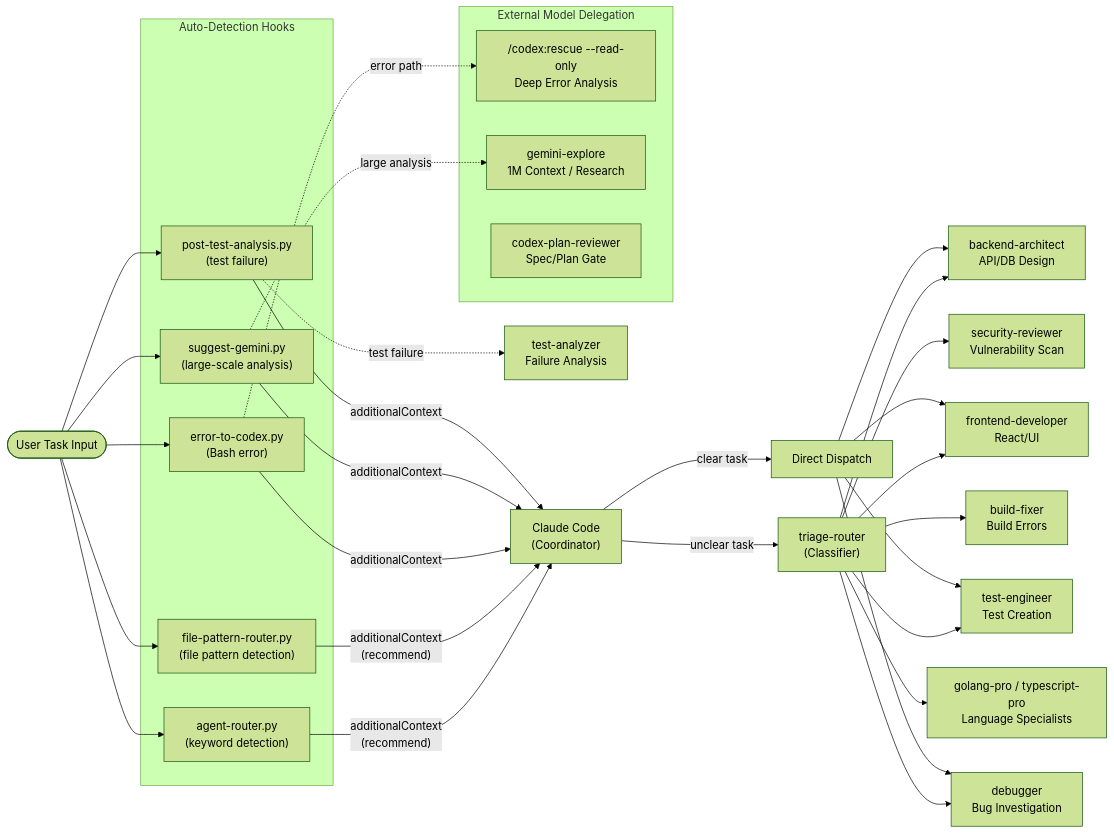
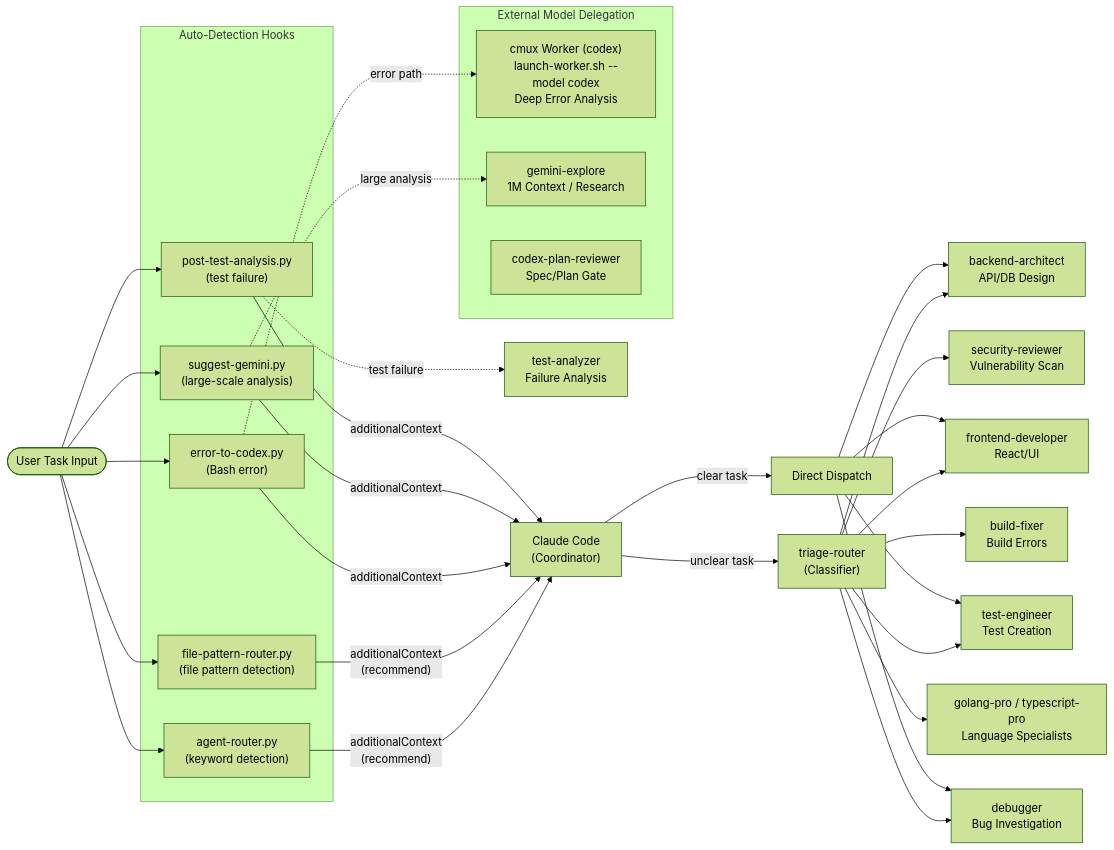
Before and after one commit to takeuchi-shogo/dotfiles: the diagram in .config/claude/references/diagrams/agent-routing.md, drawn with Mermaid (forest theme). The commit also changed 18 other files, not shown here.

First line of the commit message:
♻️ refactor(codex-delegation): deprecate codex:rescue, promote cmux Worker as canonical path

````diff
--- a/.config/claude/references/diagrams/agent-routing.md
+++ b/.config/claude/references/diagrams/agent-routing.md
@@ -12,51 +12,51 @@
 ```mermaid
 flowchart LR
     INPUT(["User Task Input"])
 
     subgraph hooks ["Auto-Detection Hooks"]
         AR["agent-router.py<br/>(keyword detection)"]
         FPR["file-pattern-router.py<br/>(file pattern detection)"]
         ETC["error-to-codex.py<br/>(Bash error)"]
         SG["suggest-gemini.py<br/>(large-scale analysis)"]
         PTA["post-test-analysis.py<br/>(test failure)"]
     end
 
     INPUT --> AR
     INPUT --> FPR
     INPUT --> ETC
     INPUT --> SG
     INPUT --> PTA
 
     CC["Claude Code<br/>(Coordinator)"]
     AR -->|"additionalContext<br/>(recommend)"| CC
     FPR -->|"additionalContext<br/>(recommend)"| CC
     ETC -->|"additionalContext"| CC
     SG -->|"additionalContext"| CC
     PTA -->|"additionalContext"| CC
 
     CC -->|"unclear task"| TR["triage-router<br/>(Classifier)"]
     CC -->|"clear task"| DIRECT["Direct Dispatch"]
 
     TR --> ARCH["backend-architect<br/>API/DB Design"]
     TR --> FE["frontend-developer<br/>React/UI"]
     TR --> TE["test-engineer<br/>Test Creation"]
     TR --> DBG["debugger<br/>Bug Investigation"]
     TR --> SEC["security-reviewer<br/>Vulnerability Scan"]
     TR --> BF["build-fixer<br/>Build Errors"]
     TR --> LANG["golang-pro / typescript-pro<br/>Language Specialists"]
 
     DIRECT --> ARCH
     DIRECT --> FE
     DIRECT --> TE
     DIRECT --> DBG
 
-    ETC -.->|"error path"| CDXD["/codex:rescue --read-only<br/>Deep Error Analysis"]
+    ETC -.->|"error path"| CDXD["cmux Worker (codex)<br/>launch-worker.sh --model codex<br/>Deep Error Analysis"]
     SG -.->|"large analysis"| GEM["gemini-explore<br/>1M Context / Research"]
     PTA -.->|"test failure"| TA["test-analyzer<br/>Failure Analysis"]
 
     subgraph external ["External Model Delegation"]
         CDXD
         CDXR["codex-plan-reviewer<br/>Spec/Plan Gate"]
         GEM
     end
 ```
````
